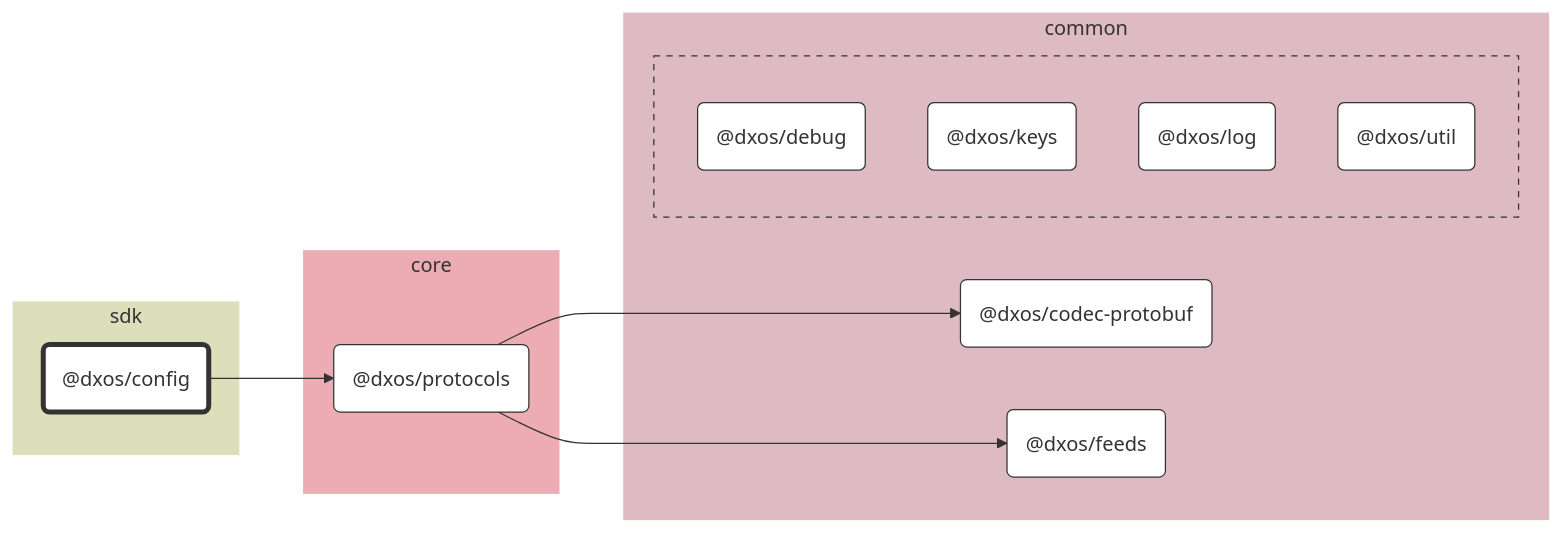
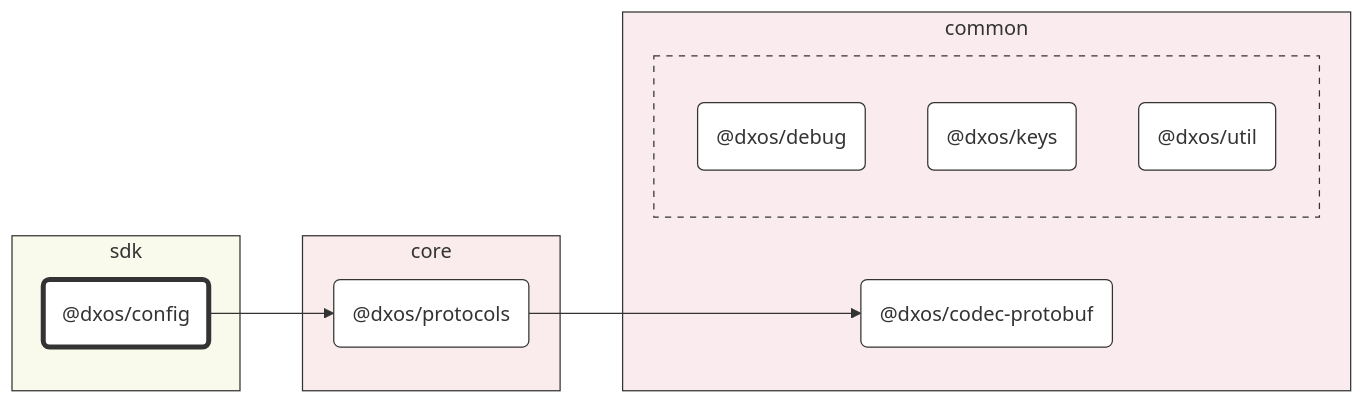
The diagram in packages/sdk/config/docs/README.md (dxos/dxos), drawn with Mermaid before and after one commit. The commit also changed other lines of this file and 93 other files, not shown here.

First line of the commit message:
chore: hierarchical graphs. (#1583)

````diff
--- a/packages/sdk/config/docs/README.md
+++ b/packages/sdk/config/docs/README.md
@@ -7,49 +7,44 @@
 ```mermaid
 %%{ init: {'flowchart':{'curve':'basis'}} }%%
 
 flowchart LR
 
 %% Classes
 classDef def fill:#fff,stroke:#333,stroke-width:1px
 classDef root fill:#fff,stroke:#333,stroke-width:4px
 
 %% Nodes
 
 subgraph sdk [sdk]
-  style sdk fill:#dddeba,stroke:#fff
+  style sdk fill:#f9faeb,stroke:#333
   dxos/config("@dxos/config"):::root
   click dxos/config "dxos/dxos/tree/main/packages/sdk/config/docs"
 end
 
 subgraph common [common]
-  style common fill:#debac2,stroke:#fff
+  style common fill:#faebee,stroke:#333
   dxos/codec-protobuf("@dxos/codec-protobuf"):::def
   click dxos/codec-protobuf "dxos/dxos/tree/main/packages/common/codec-protobuf/docs"
-  dxos/feeds("@dxos/feeds"):::def
-  click dxos/feeds "dxos/dxos/tree/main/packages/common/feeds/docs"
 
-  subgraph common-excluded [ ]
-    style common-excluded fill:#debac2,stroke:#333,stroke-dasharray:5 5
+  subgraph _ [ ]
+    style _ fill:#faebee,stroke:#333,stroke-dasharray:5 5
     dxos/debug("@dxos/debug"):::def
     click dxos/debug "dxos/dxos/tree/main/packages/common/debug/docs"
     dxos/keys("@dxos/keys"):::def
     click dxos/keys "dxos/dxos/tree/main/packages/common/keys/docs"
-    dxos/log("@dxos/log"):::def
-    click dxos/log "dxos/dxos/tree/main/packages/common/log/docs"
     dxos/util("@dxos/util"):::def
     click dxos/util "dxos/dxos/tree/main/packages/common/util/docs"
   end
 end
 
 subgraph core [core]
-  style core fill:#edabb3,stroke:#fff
+  style core fill:#faebec,stroke:#333
   dxos/protocols("@dxos/protocols"):::def
   click dxos/protocols "dxos/dxos/tree/main/packages/core/protocols/docs"
 end
 
 %% Links
 linkStyle default stroke:#333,stroke-width:1px
 dxos/config --> dxos/protocols
 dxos/protocols --> dxos/codec-protobuf
-dxos/protocols --> dxos/feeds
 ```
````
